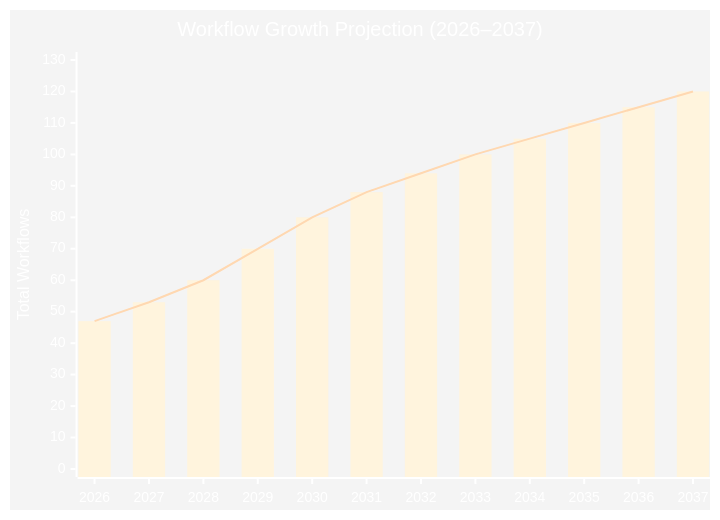
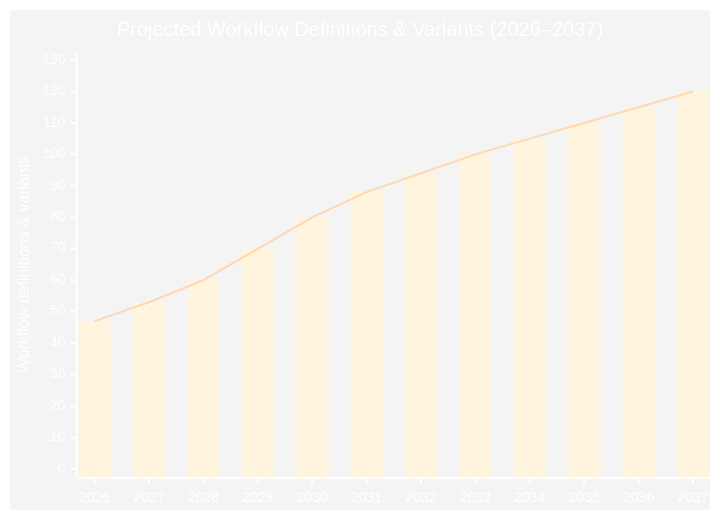
The fourth of 4 diagrams in README.md (Hack23/euparliamentmonitor), drawn with Mermaid before and after one commit. The commit also changed other lines of this file, not shown here.

First line of the commit message:
Clarify workflow count projections: rename column, add baseline explanation

````diff
--- a/README.md
+++ b/README.md
@@ -951,9 +953,9 @@
 ```mermaid
 %%{init: {'theme': 'base', 'themeVariables': {'primaryColor': '#1a5276', 'primaryTextColor': '#fff', 'lineColor': '#2e86c1', 'secondaryColor': '#117a65'}}}%%
 xychart-beta
-    title "Workflow Growth Projection (2026–2037)"
+    title "Projected Workflow Definitions & Variants (2026–2037)"
     x-axis ["2026", "2027", "2028", "2029", "2030", "2031", "2032", "2033", "2034", "2035", "2036", "2037"]
-    y-axis "Total Workflows" 0 --> 130
+    y-axis "Workflow definitions & variants" 0 --> 130
     bar [47, 53, 60, 70, 80, 88, 94, 100, 105, 110, 115, 120]
     line [47, 53, 60, 70, 80, 88, 94, 100, 105, 110, 115, 120]
 ```
````
